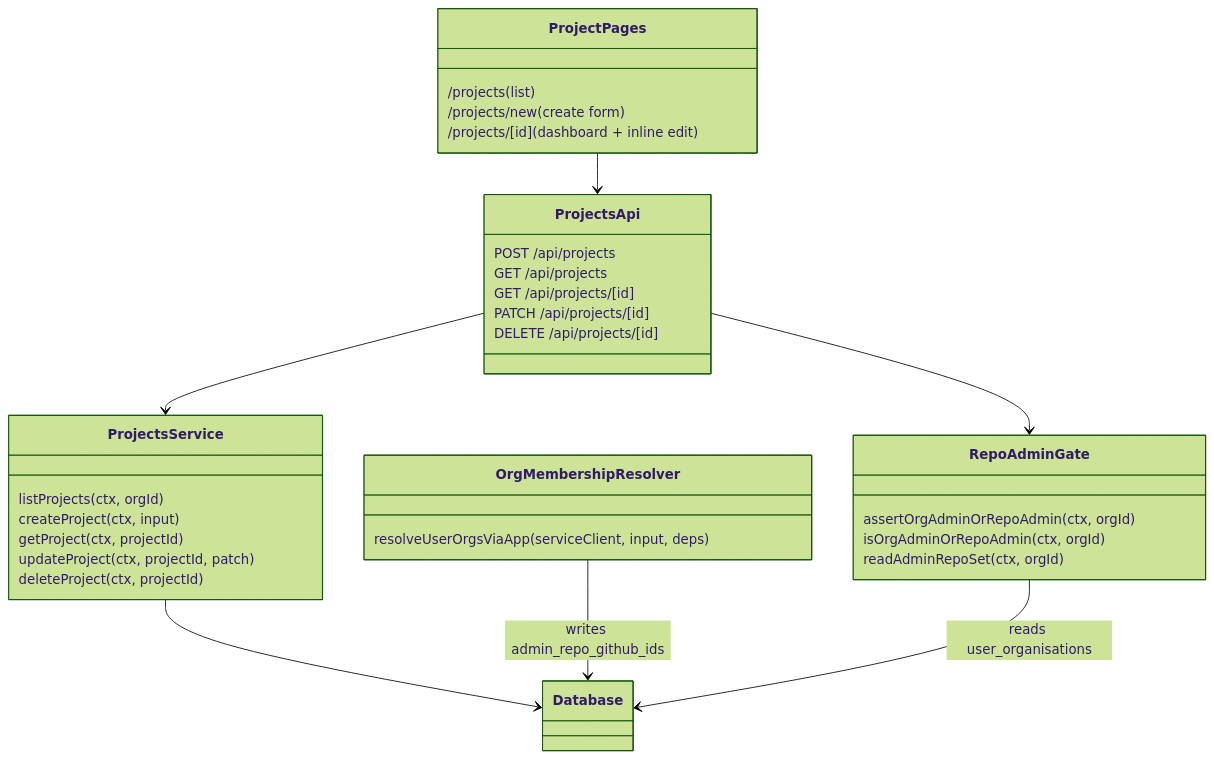
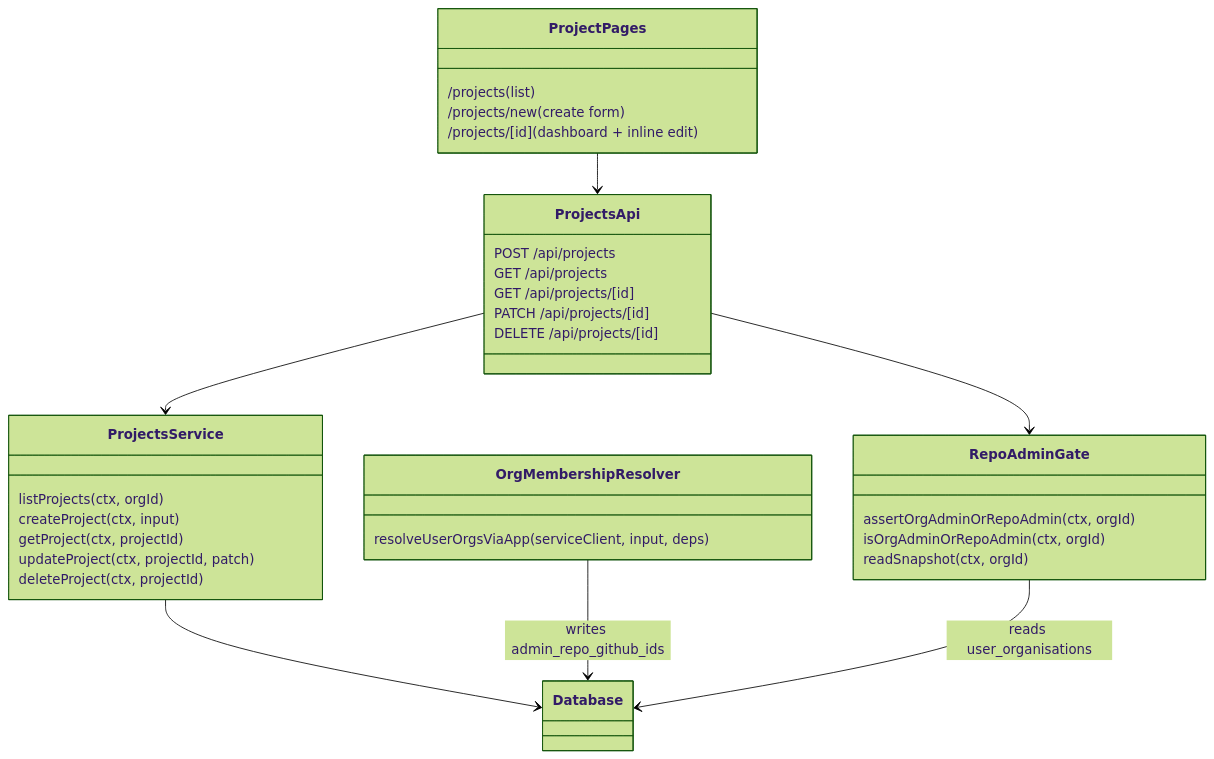
The fifth of 5 diagrams in docs/design/lld-v11-e11-1-project-management.md (mironyx/feature-comprehension-score), drawn with Mermaid (forest theme) before and after one commit. The commit also changed other lines of this file and 12 other files, not shown here.

First line of the commit message:
feat: sign-in admin-repo snapshot + Repo-Admin gate helper (V11 E11.1 T1.2) (#402)

````diff
--- a/docs/design/lld-v11-e11-1-project-management.md
+++ b/docs/design/lld-v11-e11-1-project-management.md
@@ -119,36 +123,36 @@
 ```mermaid
 classDiagram
   class ProjectsApi {
     POST /api/projects
     GET /api/projects
     GET /api/projects/[id]
     PATCH /api/projects/[id]
     DELETE /api/projects/[id]
   }
   class ProjectsService {
     listProjects(ctx, orgId)
     createProject(ctx, input)
     getProject(ctx, projectId)
     updateProject(ctx, projectId, patch)
     deleteProject(ctx, projectId)
   }
   class RepoAdminGate {
     assertOrgAdminOrRepoAdmin(ctx, orgId)
     isOrgAdminOrRepoAdmin(ctx, orgId)
-    readAdminRepoSet(ctx, orgId)
+    readSnapshot(ctx, orgId)
   }
   class OrgMembershipResolver {
     resolveUserOrgsViaApp(serviceClient, input, deps)
   }
   class ProjectPages {
     /projects (list)
     /projects/new (create form)
     /projects/[id] (dashboard + inline edit)
   }
   ProjectsApi --> ProjectsService
   ProjectsApi --> RepoAdminGate
   ProjectsService --> Database
   OrgMembershipResolver --> Database : writes admin_repo_github_ids
   RepoAdminGate --> Database : reads user_organisations
   ProjectPages --> ProjectsApi
 ```
````
